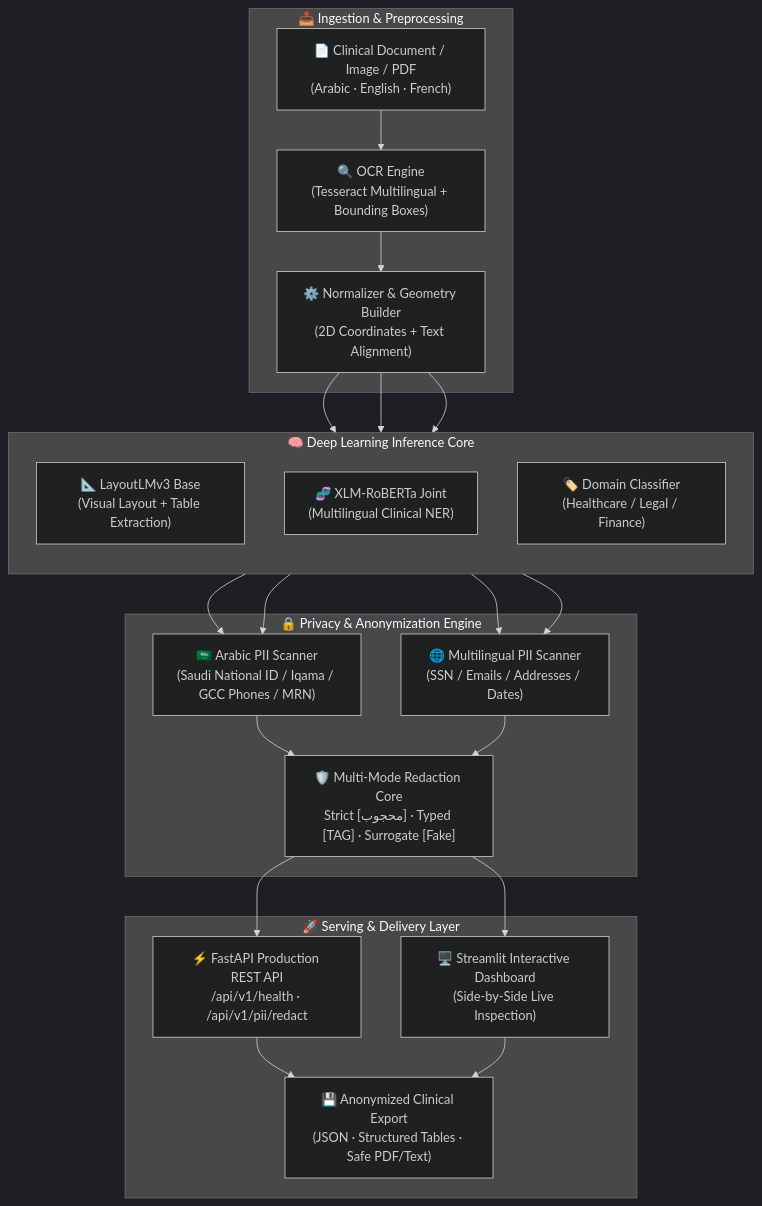
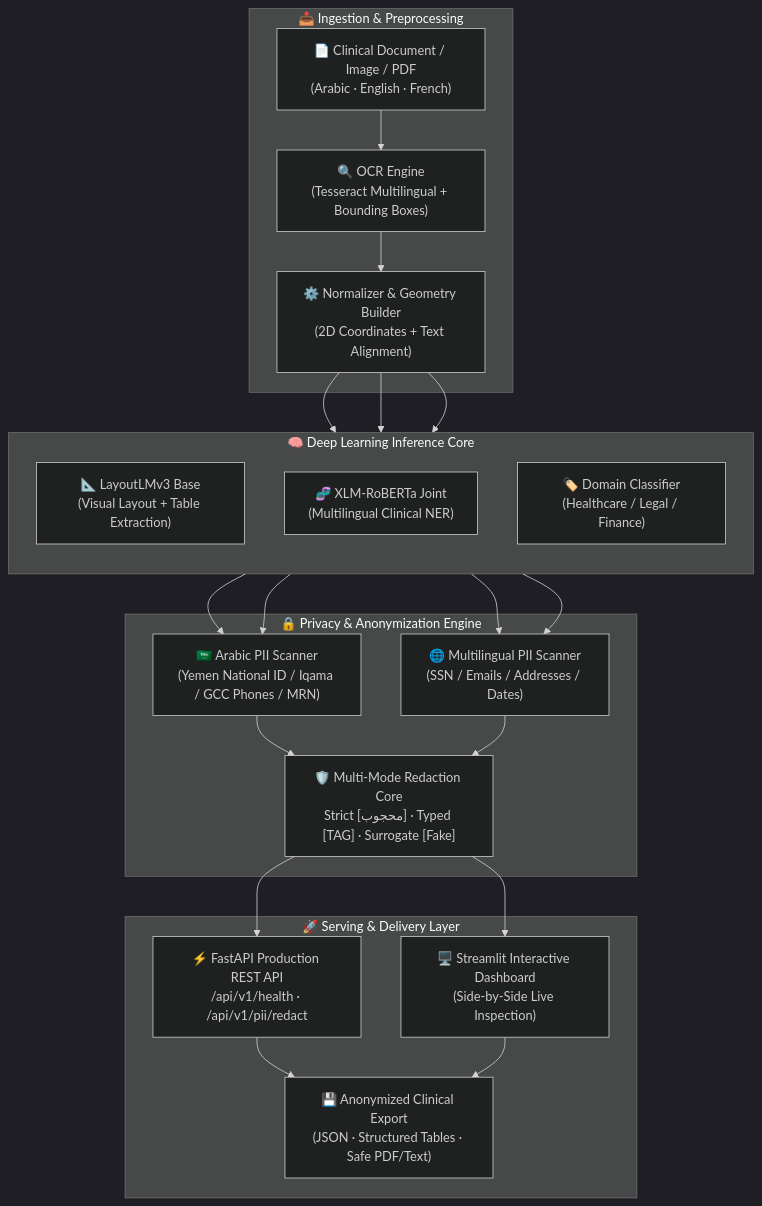
One commit to alhaj-ai/DocuShield-AI changed the diagram in README.md. Above: the diagram before and after it, drawn with Mermaid (dark theme). The commit also changed other lines of this file, not shown here.

````diff
--- a/README.md
+++ b/README.md
@@ -68,39 +68,39 @@
 ```mermaid
 flowchart TD
     subgraph Ingestion ["📥 Ingestion & Preprocessing"]
         DocIn["📄 Clinical Document / Image / PDF<br/>(Arabic · English · French)"]
         OCR["🔍 OCR Engine<br/>(Tesseract Multilingual + Bounding Boxes)"]
         PreProc["⚙️ Normalizer & Geometry Builder<br/>(2D Coordinates + Text Alignment)"]
         DocIn --> OCR --> PreProc
     end
 
     subgraph DeepLearning ["🧠 Deep Learning Inference Core"]
         direction TB
         M_Layout["📐 LayoutLMv3 Base<br/>(Visual Layout + Table Extraction)"]
         M_NER["🧬 XLM-RoBERTa Joint<br/>(Multilingual Clinical NER)"]
         M_Class["🏷️ Domain Classifier<br/>(Healthcare / Legal / Finance)"]
         
         PreProc --> M_Layout
         PreProc --> M_NER
         PreProc --> M_Class
     end
 
     subgraph PrivacyEngine ["🔒 Privacy & Anonymization Engine"]
-        PII_Ar["🇸🇦 Arabic PII Scanner<br/>(Saudi National ID / Iqama / GCC Phones / MRN)"]
+        PII_Ar["🇸🇦 Arabic PII Scanner<br/>(Yemen National ID / Iqama / GCC Phones / MRN)"]
         PII_Multi["🌐 Multilingual PII Scanner<br/>(SSN / Emails / Addresses / Dates)"]
         Redactor["🛡️ Multi-Mode Redaction Core<br/>Strict [محجوب] · Typed [TAG] · Surrogate [Fake]"]
         
         M_Layout --> PII_Ar & PII_Multi
         M_NER --> PII_Ar & PII_Multi
         PII_Ar --> Redactor
         PII_Multi --> Redactor
     end
 
     subgraph ServingLayer ["🚀 Serving & Delivery Layer"]
         FastAPI_App["⚡ FastAPI Production REST API<br/>/api/v1/health · /api/v1/pii/redact"]
         Streamlit_UI["🖥️ Streamlit Interactive Dashboard<br/>(Side-by-Side Live Inspection)"]
         Export["💾 Anonymized Clinical Export<br/>(JSON · Structured Tables · Safe PDF/Text)"]
         
         Redactor --> FastAPI_App & Streamlit_UI --> Export
     end
 ```
````
